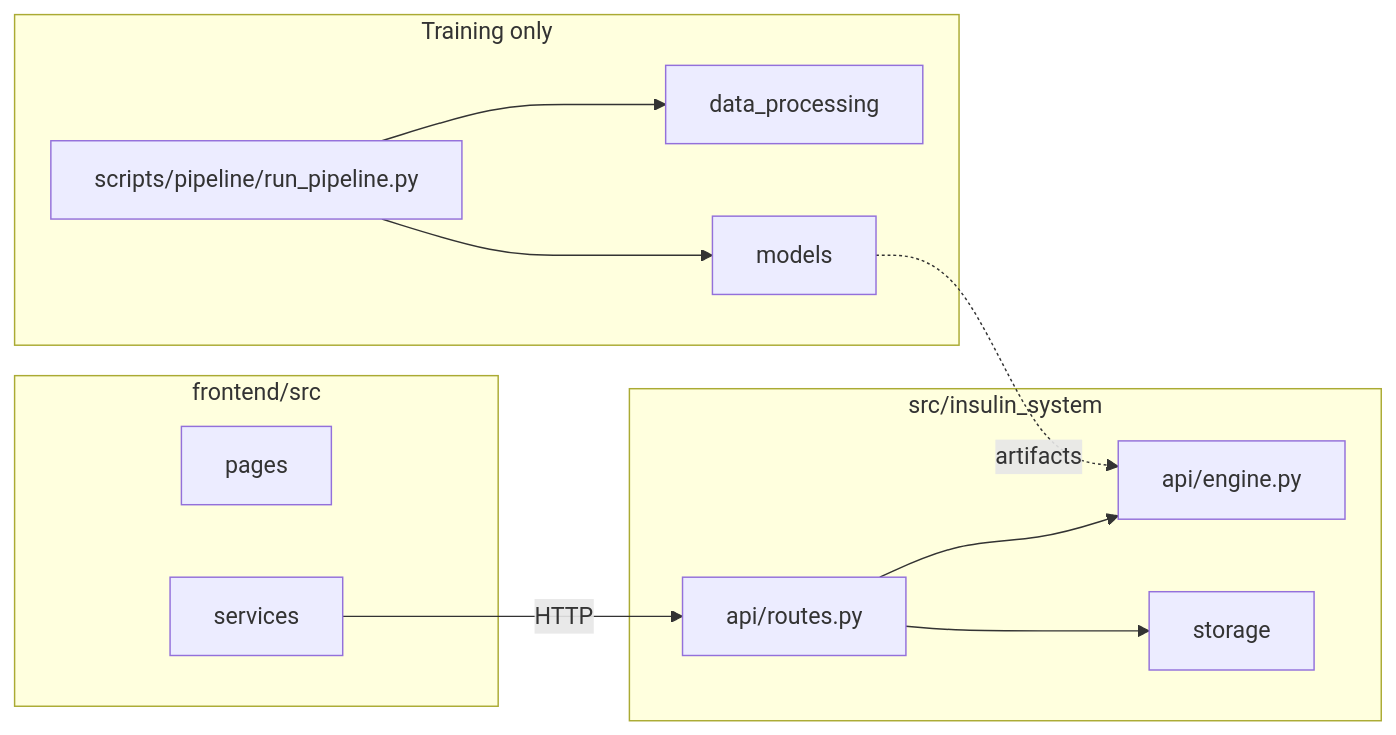
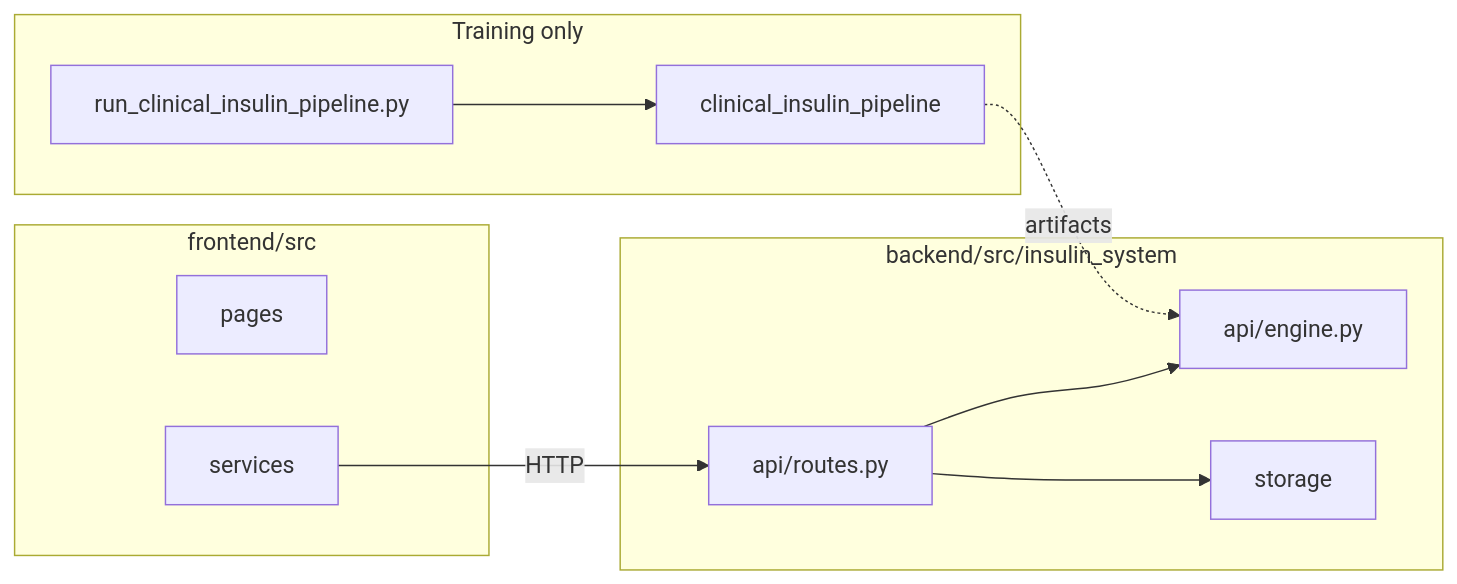
The fourth of 4 diagrams in Clinical-Insulin-Recommendation/docs/ARCHITECTURE.md (wangoloi/Final-Year-Full-Project), drawn with Mermaid before and after one commit. The commit also changed other lines of this file and 338 other files, not shown here.

````diff
--- a/Clinical-Insulin-Recommendation/docs/ARCHITECTURE.md
+++ b/Clinical-Insulin-Recommendation/docs/ARCHITECTURE.md
@@ -222,26 +224,24 @@
 ```mermaid
 flowchart LR
   subgraph ui [frontend/src]
     P[pages]
     S[services]
   end
 
-  subgraph api [src/insulin_system]
+  subgraph api [backend/src/insulin_system]
     RT[api/routes.py]
     EN[api/engine.py]
     ST[storage]
   end
 
   subgraph ml [Training only]
-    RP[scripts/pipeline/run_pipeline.py]
-    DP[data_processing]
-    MD[models]
+    RP[run_clinical_insulin_pipeline.py]
+    CIP[clinical_insulin_pipeline]
   end
 
   S -->|HTTP| RT
   RT --> EN
   RT --> ST
-  RP --> DP
-  RP --> MD
-  MD -.->|artifacts| EN
+  RP --> CIP
+  CIP -.->|artifacts| EN
 ```
````
